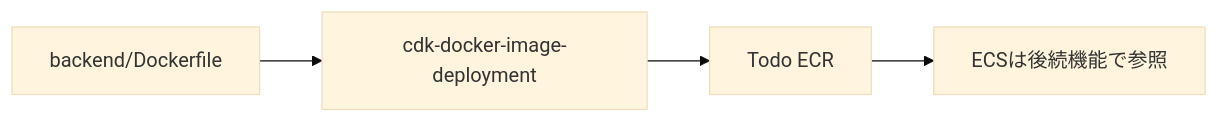
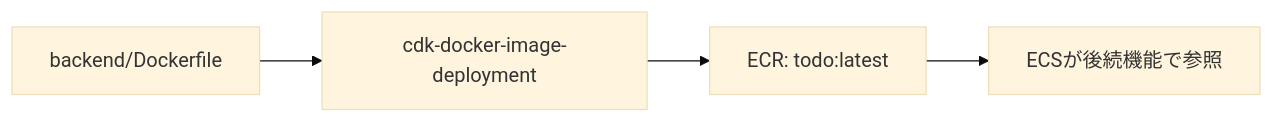
One commit to rafty/Todo-ECS-Sample changed the diagram in docs/infra/ecr-image-deployment.md. Above: the diagram before and after it, drawn with Mermaid (base theme). The commit also changed other lines of this file and 14 other files, not shown here.

````diff
--- a/docs/infra/ecr-image-deployment.md
+++ b/docs/infra/ecr-image-deployment.md
@@ -10,6 +16,6 @@
 ```mermaid
 flowchart LR
   A[backend/Dockerfile] --> B[cdk-docker-image-deployment]
-  B --> C[Todo ECR]
-  C --> D[ECSは後続機能で参照]
+  B --> C[ECR: todo:latest]
+  C --> D[ECSが後続機能で参照]
 ```
````
